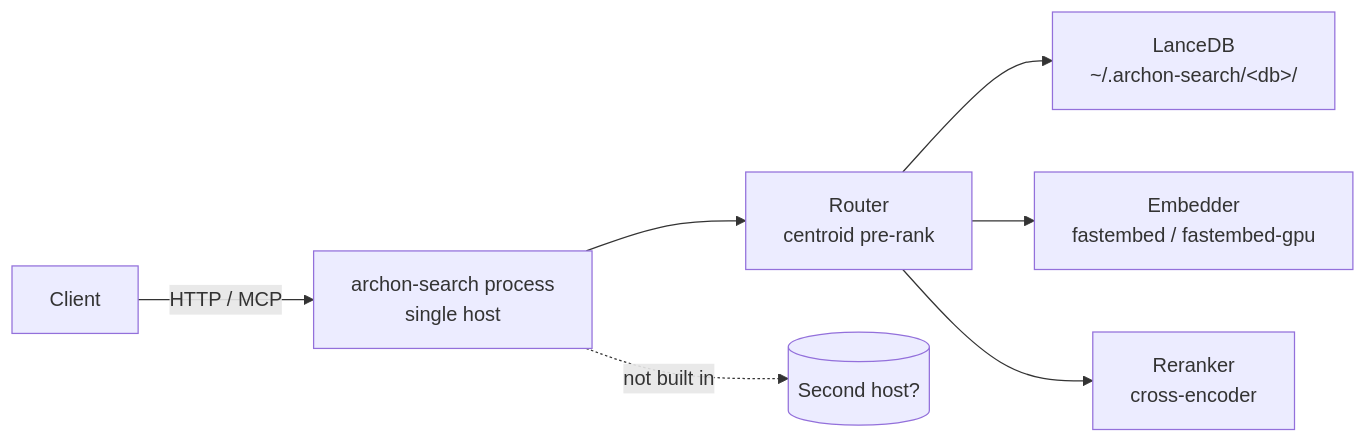
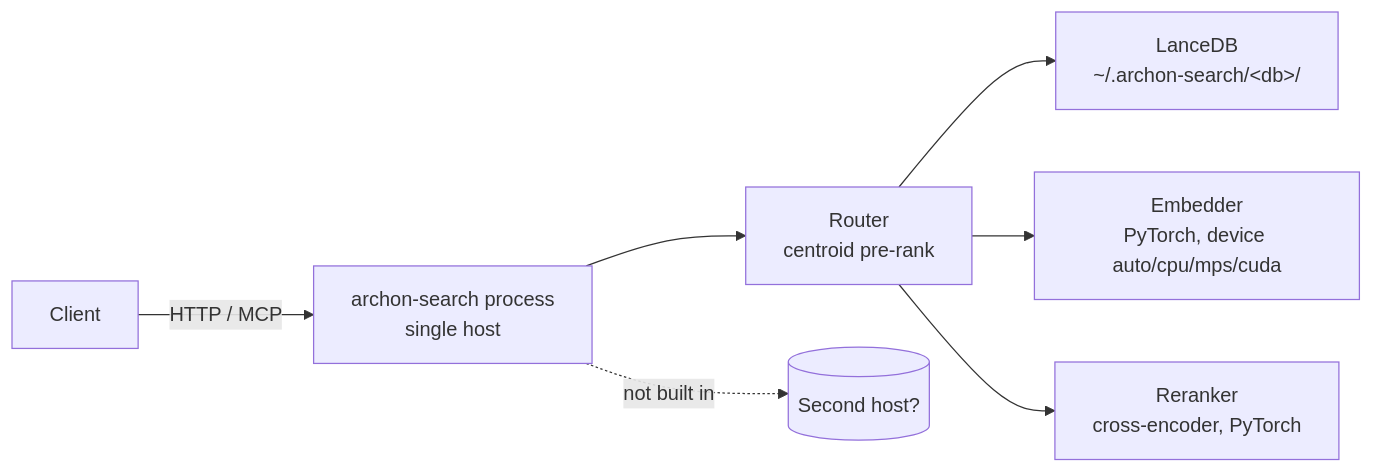
The diagram in Documentation/Architecture/210_performance_and_scalability.md (user538295/archon-search), drawn with Mermaid before and after one commit. The commit also changed other lines of this file and 240 other files, not shown here.

First line of the commit message:
feat(runtime): replace fastembed/ONNX with PyTorch embedder and reranker

````diff
--- a/Documentation/Architecture/210_performance_and_scalability.md
+++ b/Documentation/Architecture/210_performance_and_scalability.md
@@ -37,9 +37,9 @@
 ```mermaid
 flowchart LR
   C[Client] -->|HTTP / MCP| P[archon-search process<br/>single host]
   P --> R[Router<br/>centroid pre-rank]
   R --> S[LanceDB<br/>~/.archon-search/&lt;db&gt;/]
-  R --> E[Embedder<br/>fastembed / fastembed-gpu]
-  R --> X[Reranker<br/>cross-encoder]
+  R --> E[Embedder<br/>PyTorch, device auto/cpu/mps/cuda]
+  R --> X[Reranker<br/>cross-encoder, PyTorch]
   P -.->|not built in| H[(Second host?)]
 ```
````
